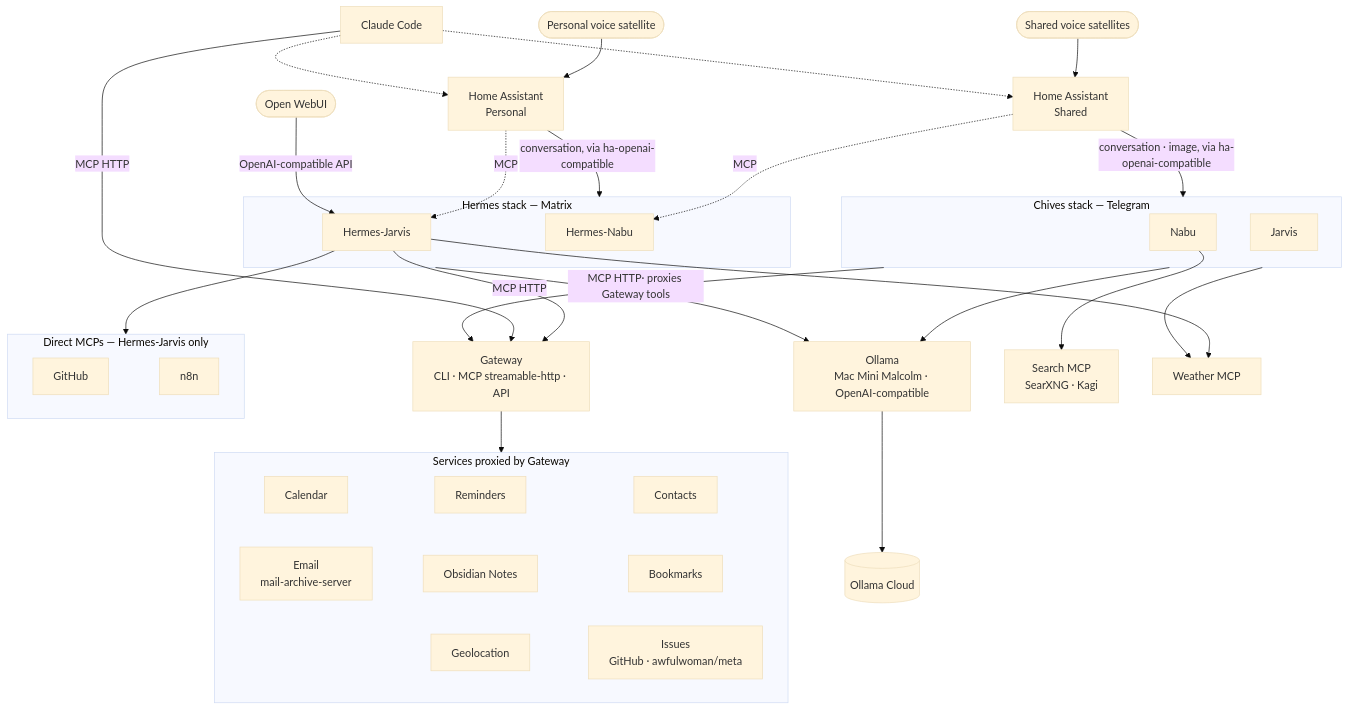
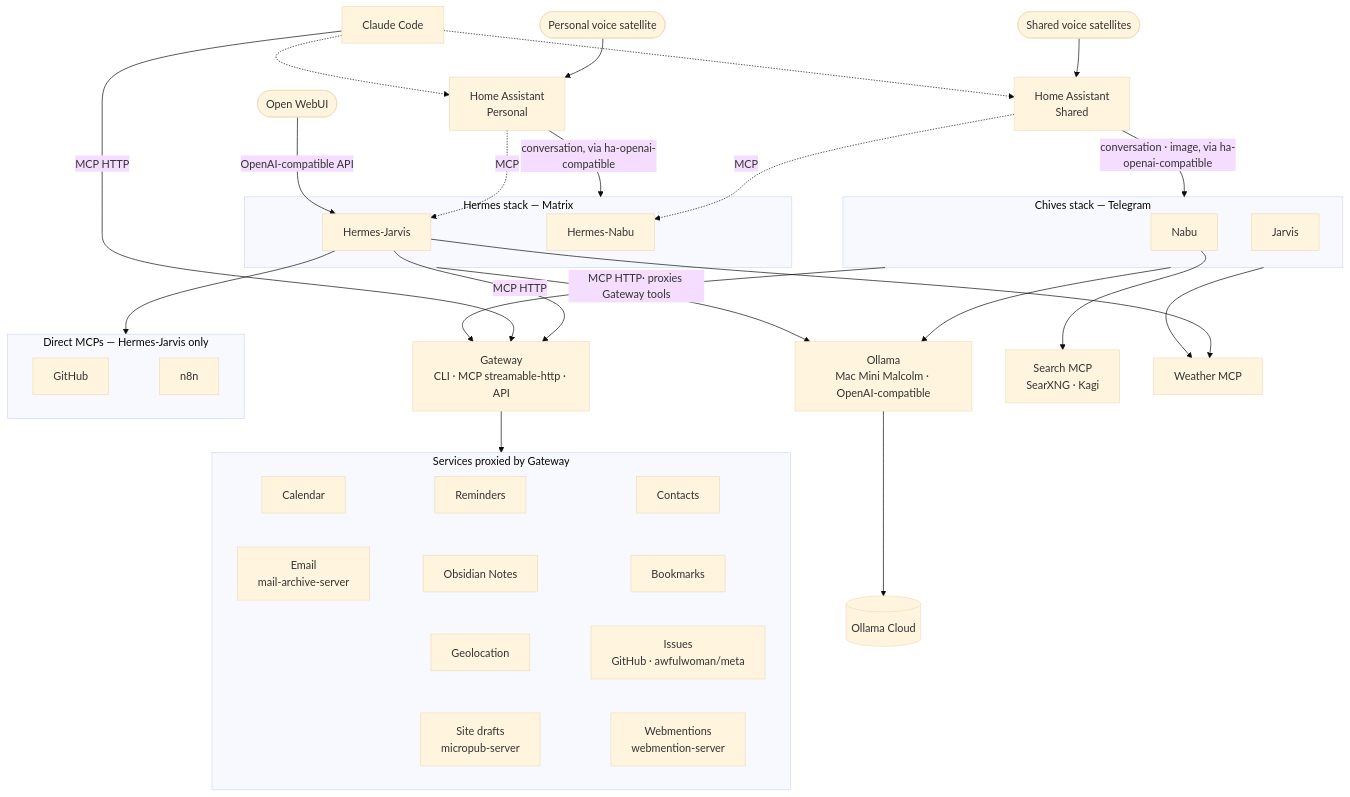
Before and after one commit to awfulwoman/personal-cloud: the diagram in README.md, drawn with Mermaid (base theme). The commit also changed other lines of this file, not shown here.

First line of the commit message:
Add micropub-server and webmention-server to the overview

````diff
--- a/README.md
+++ b/README.md
@@ -7,66 +7,67 @@
 ```mermaid
 flowchart TD
     %% Surfaces I interact with
     CC[Claude Code]
     VoiceShared([Shared voice satellites])
     VoicePersonal([Personal voice satellite])
     OpenWebUI([Open WebUI])
 
     %% Home Assistant instances
     HAShared[Home Assistant<br/>Shared]
     HAPersonal[Home Assistant<br/>Personal]
 
     %% Two parallel agent stacks, both answering to the Nabu/Jarvis wake words
     subgraph Chives["Chives stack — Telegram"]
         CNabu[Nabu]
         CJarvis[Jarvis]
     end
 
     subgraph Hermes["Hermes stack — Matrix"]
         HNabu[Hermes-Nabu]
         HJarvis[Hermes-Jarvis]
     end
 
     %% LLM runtime
     Ollama[Ollama<br/>Mac Mini Malcolm · OpenAI-compatible]
     OllamaCloud[(Ollama Cloud)]
 
     %% Gateway + the services it proxies
     Gateway[Gateway<br/>CLI · MCP streamable-http · API]
     SearchMCP[Search MCP<br/>SearXNG · Kagi]
     WeatherMCP[Weather MCP]
     subgraph Services["Services proxied by Gateway"]
         direction LR
         Calendar[Calendar] ~~~ Reminders[Reminders] ~~~ Contacts[Contacts]
         Email[Email<br/>mail-archive-server] ~~~ Notes[Obsidian Notes] ~~~ Bookmarks[Bookmarks]
         Geo[Geolocation] ~~~ Issues[Issues<br/>GitHub · awfulwoman/meta]
+        Posts[Site drafts<br/>micropub-server] ~~~ Webmentions[Webmentions<br/>webmention-server]
     end
 
     %% Direct MCPs used by Hermes-Jarvis only
     subgraph JarvisTools["Direct MCPs — Hermes-Jarvis only"]
         direction LR
         GitHubMCP[GitHub] ~~~ N8nMCP[n8n]
     end
 
     %% Wiring
     VoiceShared --> HAShared
     VoicePersonal --> HAPersonal
     HAShared -->|conversation · image, via ha-openai-compatible| Chives
     HAPersonal -->|conversation, via ha-openai-compatible| Hermes
     HAShared -.->|MCP| HNabu
     HAPersonal -.->|MCP| HJarvis
     OpenWebUI -->|OpenAI-compatible API| HJarvis
     Chives --> Ollama
     Hermes --> Ollama
     Chives -->|MCP HTTP· proxies Gateway tools| Gateway
     Chives --> WeatherMCP
     HJarvis -->|MCP HTTP| Gateway
     HJarvis --> WeatherMCP
     HJarvis --> JarvisTools
     CNabu --> SearchMCP
     Ollama --> OllamaCloud
     CC -->|MCP HTTP| Gateway
     CC -.-> HAShared
     CC -.-> HAPersonal
     Gateway --> Services
 ```
````
